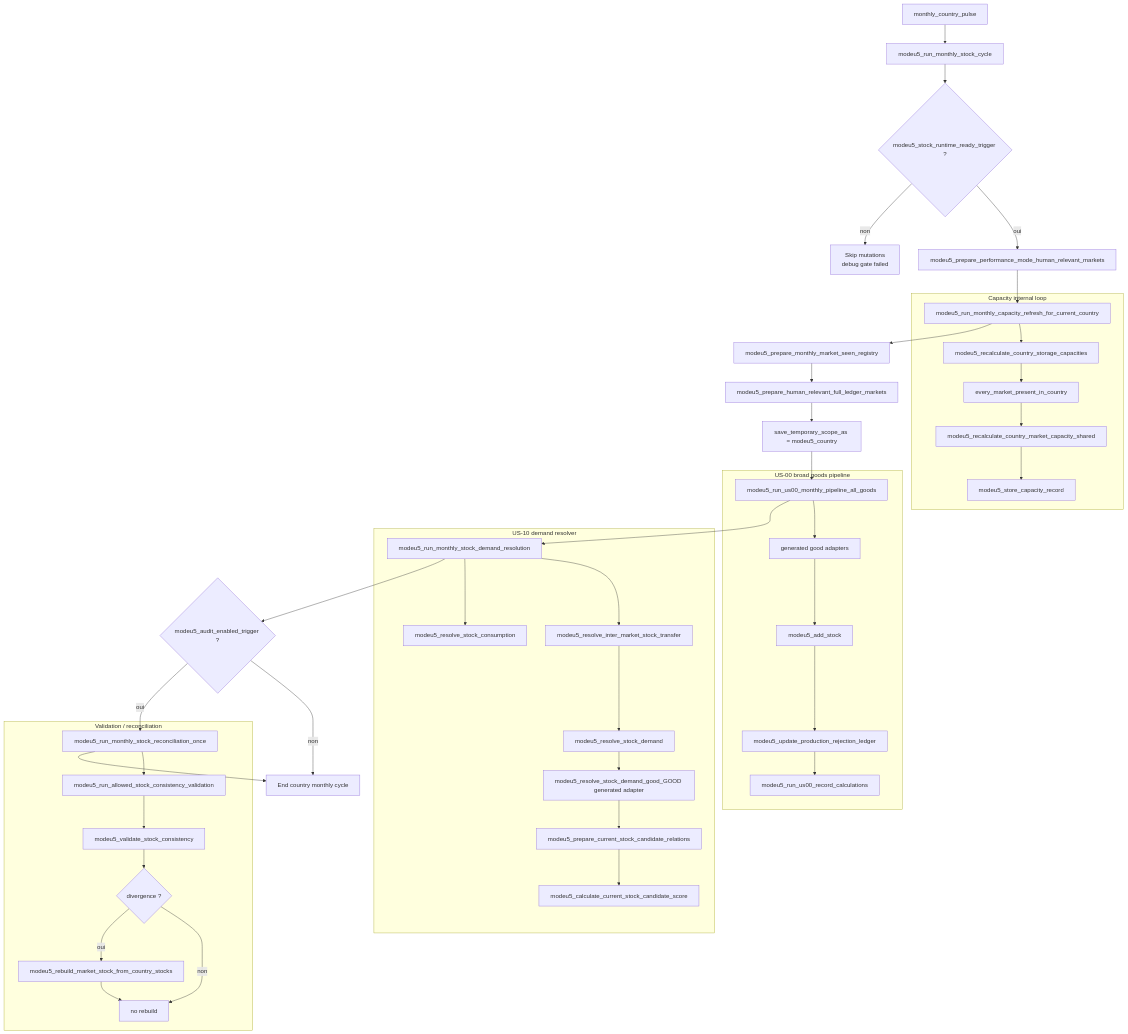
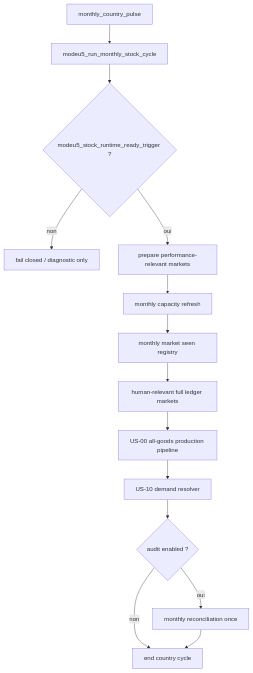
One commit to eu5mod/eu5-no-void-economy changed the first of 3 diagrams in docs/audits/pr126/Q5_flux_logique_global.md. Above: the diagram before and after it, drawn with Mermaid. The commit also changed other lines of this file and 7 other files, not shown here.

````diff
--- a/docs/audits/pr126/Q5_flux_logique_global.md
+++ b/docs/audits/pr126/Q5_flux_logique_global.md
@@ -15,49 +7,16 @@
 ```mermaid
 flowchart TD
     A[monthly_country_pulse] --> B[modeu5_run_monthly_stock_cycle]
     B --> C{modeu5_stock_runtime_ready_trigger ?}
-    C -->|non| D[Skip mutations<br/>debug gate failed]
-    C -->|oui| E1[modeu5_prepare_performance_mode_human_relevant_markets]
-    E1 --> E2[modeu5_run_monthly_capacity_refresh_for_current_country]
-    E2 --> E3[modeu5_prepare_monthly_market_seen_registry]
-    E3 --> E4[modeu5_prepare_human_relevant_full_ledger_markets]
-    E4 --> E5[save_temporary_scope_as = modeu5_country]
-    E5 --> E6[modeu5_run_us00_monthly_pipeline_all_goods]
-    E6 --> E7[modeu5_run_monthly_stock_demand_resolution]
-    E7 --> E8{modeu5_audit_enabled_trigger ?}
-    E8 -->|oui| E9[modeu5_run_monthly_stock_reconciliation_once]
-    E8 -->|non| E10[End country monthly cycle]
-    E9 --> E10
-
-    subgraph CAP[Capacity internal loop]
-        E2 --> CAP1[modeu5_recalculate_country_storage_capacities]
-        CAP1 --> CAP2[every_market_present_in_country]
-        CAP2 --> CAP3[modeu5_recalculate_country_market_capacity_shared]
-        CAP3 --> CAP4[modeu5_store_capacity_record]
-    end
-
-    subgraph US00[US-00 broad goods pipeline]
-        E6 --> U1[generated good adapters]
-        U1 --> U2[modeu5_add_stock]
-        U2 --> U3[modeu5_update_production_rejection_ledger]
-        U3 --> U4[modeu5_run_us00_record_calculations]
-    end
-
-    subgraph US10[US-10 demand resolver]
-        E7 --> R1[modeu5_resolve_stock_consumption]
-        E7 --> R2[modeu5_resolve_inter_market_stock_transfer]
-        R2 --> R3[modeu5_resolve_stock_demand]
-        R3 --> R4[modeu5_resolve_stock_demand_good_GOOD generated adapter]
-        R4 --> R5[modeu5_prepare_current_stock_candidate_relations]
-        R5 --> R6[modeu5_calculate_current_stock_candidate_score]
-    end
-
-    subgraph RECON[Validation / reconciliation]
-        E9 --> V1[modeu5_run_allowed_stock_consistency_validation]
-        V1 --> V2[modeu5_validate_stock_consistency]
-        V2 --> V3{divergence ?}
-        V3 -->|oui| V4[modeu5_rebuild_market_stock_from_country_stocks]
-        V3 -->|non| V5[no rebuild]
-        V4 --> V5
-    end
+    C -->|non| Z[fail closed / diagnostic only]
+    C -->|oui| P[prepare performance-relevant markets]
+    P --> CAP[monthly capacity refresh]
+    CAP --> SEEN[monthly market seen registry]
+    SEEN --> LEDGER[human-relevant full ledger markets]
+    LEDGER --> US00[US-00 all-goods production pipeline]
+    US00 --> US10[US-10 demand resolver]
+    US10 --> AUDIT{audit enabled ?}
+    AUDIT -->|oui| REC[monthly reconciliation once]
+    AUDIT -->|non| END[end country cycle]
+    REC --> END
 ```
````
